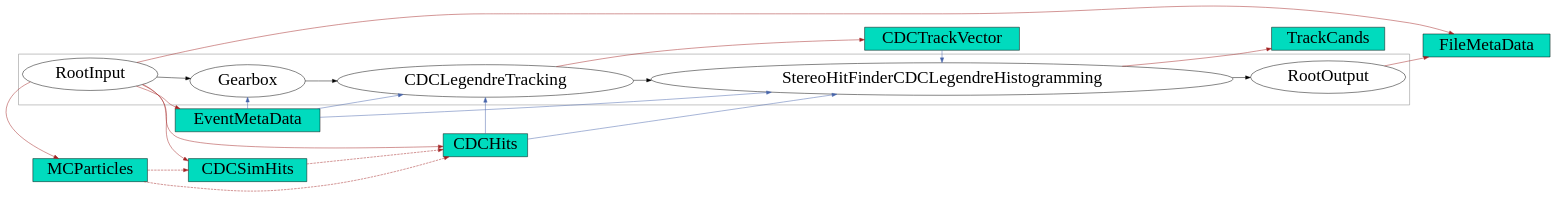
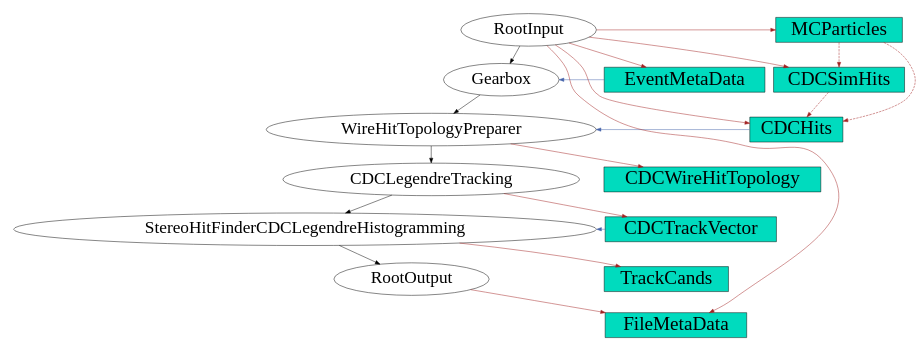
Before and after one commit to nilpferd1991/masterthesis: the diagram in figures/theory/dataflow.dot, drawn with Graphviz. The commit also changed 20 other files, not shown here.

```diff
--- a/figures/theory/dataflow.dot
+++ b/figures/theory/dataflow.dot
@@ -1,48 +1,50 @@
 digraph allModules {
-  rankdir=LR;
+  
   compound=true;
-  "RootOutput";
+  "RootOutput" [fontsize=36];
   "RootOutput" -> "FileMetaData" [color="#A22223"];
-  "StereoHitFinderCDCLegendreHistogramming";
-  "CDCHits" -> "StereoHitFinderCDCLegendreHistogramming" [color="#4664AA"];
+  "StereoHitFinderCDCLegendreHistogramming" [fontsize=36];
   "CDCTrackVector" -> "StereoHitFinderCDCLegendreHistogramming" [color="#4664AA"];
-  "EventMetaData" -> "StereoHitFinderCDCLegendreHistogramming" [color="#4664AA"];
   "StereoHitFinderCDCLegendreHistogramming" -> "TrackCands" [color="#A22223"];
   "CDCLegendreTracking" [fontsize=36];
-  "CDCHits" -> "CDCLegendreTracking" [color="#4664AA"];
-  "EventMetaData" -> "CDCLegendreTracking" [color="#4664AA"];
   "CDCLegendreTracking" -> "CDCTrackVector" [color="#A22223"];
-  "Gearbox"[fontsize=36];
+  "WireHitTopologyPreparer" [fontsize=36];
+  "CDCHits" -> "WireHitTopologyPreparer" [color="#4664AA"];
+  "WireHitTopologyPreparer" -> "CDCWireHitTopology" [color="#A22223"];
+  "Gearbox" [fontsize=36];
   "EventMetaData" -> "Gearbox" [color="#4664AA"];
-  "RootInput"[fontsize=36];
+  "RootInput" [fontsize=36];
   "RootInput" -> "CDCHits" [color="#A22223"];
   "RootInput" -> "CDCSimHits" [color="#A22223"];
   "RootInput" -> "EventMetaData" [color="#A22223"];
   "RootInput" -> "FileMetaData" [color="#A22223"];
   "RootInput" -> "MCParticles" [color="#A22223"];
   "CDCSimHits" -> "CDCHits" [color="#A22223",style=dashed];
   "MCParticles" -> "CDCHits" [color="#A22223",style=dashed];
   "MCParticles" -> "CDCSimHits" [color="#A22223",style=dashed];
   subgraph "clusterMain" {
     rank=min;
-    style=solid;
-    color=grey;
+    style=invis
+    
     "clusterMain_inv" [shape=point,style=invis];
-    "RootInput"[fontsize=36];
+    "RootInput" [fontsize=36];
     "Gearbox" [fontsize=36];
     "RootInput" -> "Gearbox" [color=black];
-    "CDCLegendreTracking";
-    "Gearbox" -> "CDCLegendreTracking" [color=black];
+    "WireHitTopologyPreparer" [fontsize=36];
+    "Gearbox" -> "WireHitTopologyPreparer" [color=black];
+    "CDCLegendreTracking" [fontsize=36];
+    "WireHitTopologyPreparer" -> "CDCLegendreTracking" [color=black];
     "StereoHitFinderCDCLegendreHistogramming" [fontsize=36];
     "CDCLegendreTracking" -> "StereoHitFinderCDCLegendreHistogramming" [color=black];
     "RootOutput" [fontsize=36];
     "StereoHitFinderCDCLegendreHistogramming" -> "RootOutput" [color=black];
   }
-  "CDCHits" [shape=box,style=filled,fillcolor="#00DBBE",fontsize=36];
-  "CDCSimHits" [shape=box,style=filled,fillcolor="#00DBBE",fontsize=36];
-  "CDCTrackVector" [shape=box,style=filled,fillcolor="#00DBBE",fontsize=36];
-  "EventMetaData" [shape=box,style=filled,fillcolor="#00DBBE",fontsize=36];
-  "FileMetaData" [shape=box,style=filled,fillcolor="#00DBBE",fontsize=36];
-  "MCParticles" [shape=box,style=filled,fillcolor="#00DBBE",fontsize=36];
-  "TrackCands" [shape=box,style=filled,fillcolor="#00DBBE",fontsize=36];
+  "CDCHits" [shape=box,style=filled,fillcolor="#00DBBE",fontsize=40];
+  "CDCSimHits" [shape=box,style=filled,fillcolor="#00DBBE",fontsize=40];
+  "CDCTrackVector" [shape=box,style=filled,fillcolor="#00DBBE",fontsize=40];
+  "CDCWireHitTopology" [shape=box,style=filled,fillcolor="#00DBBE",fontsize=40];
+  "EventMetaData" [shape=box,style=filled,fillcolor="#00DBBE",fontsize=40];
+  "FileMetaData" [shape=box,style=filled,fillcolor="#00DBBE",fontsize=40];
+  "MCParticles" [shape=box,style=filled,fillcolor="#00DBBE",fontsize=40];
+  "TrackCands" [shape=box,style=filled,fillcolor="#00DBBE",fontsize=40];
 }
```
